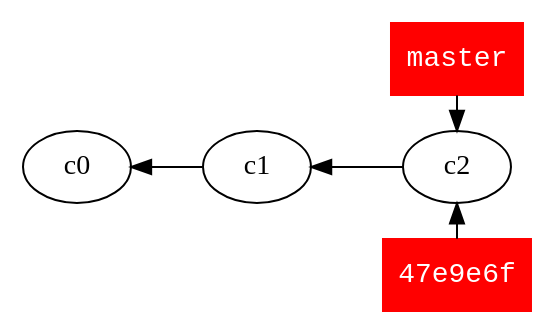
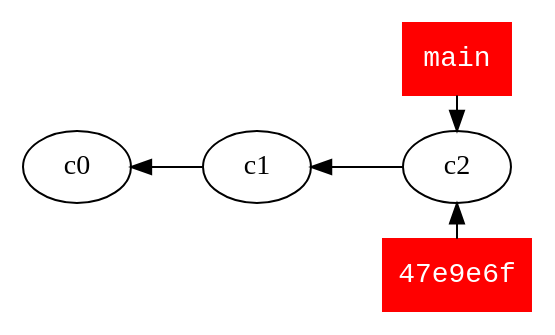
The third of 4 diagrams in documentation/source/git-uso-basico.rst (fraya/Git-taller), drawn with Graphviz before and after one commit. The commit also changed other lines of this file, not shown here.

Commit message:
Replace 'master' for 'main"

```diff
--- a/documentation/source/git-uso-basico.rst
+++ b/documentation/source/git-uso-basico.rst
@@ -846,25 +846,25 @@
 .. graphviz::
-   :caption: Rama master tras commit ``47e9e6f``
+   :caption: Rama main tras commit ``47e9e6f``
    :align: center
 
    digraph G {
 	    rankdir="RL";
 	    splines=line;
 
 	    c2 -> c1 -> c0
 
 	    {
 	    rank=same;
 		node [
 		    style=filled,
 		    color=red,
 		    fillcolor=red,
 		    shape=rectangle,
 		    fontname=monospace,
 		    fontcolor=white
 		]
 
 		c2 -> "47e9e6f" [dir=back]
-		master -> c2
+		main -> c2
 	    }
    }
```
